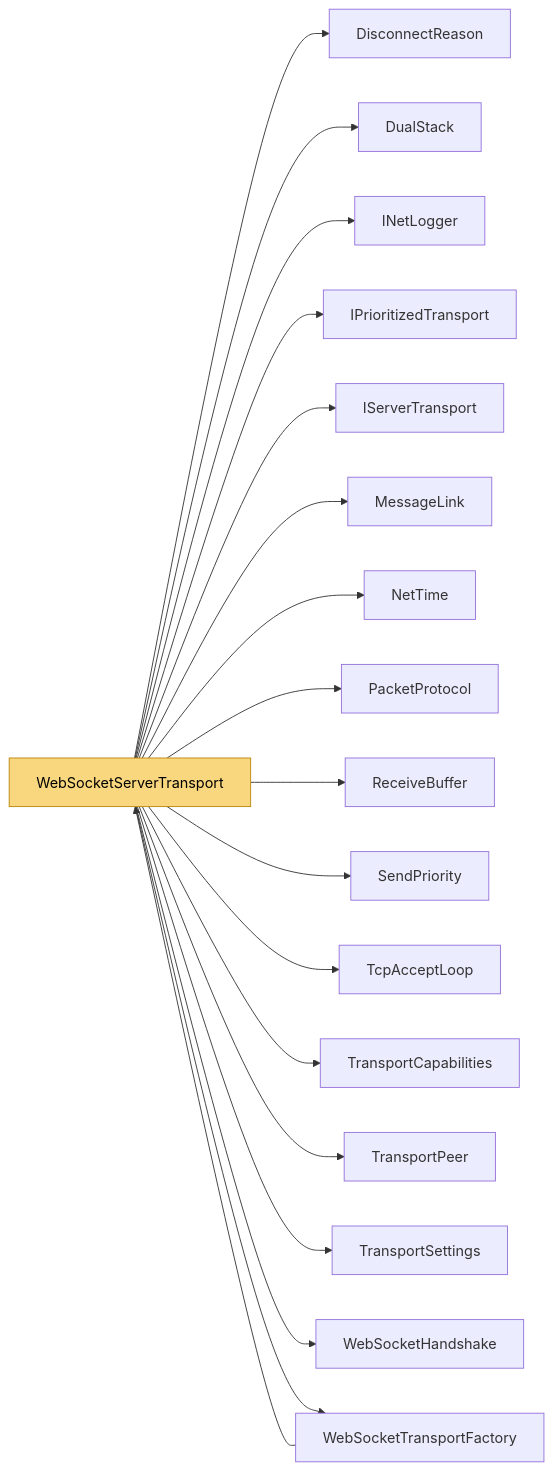
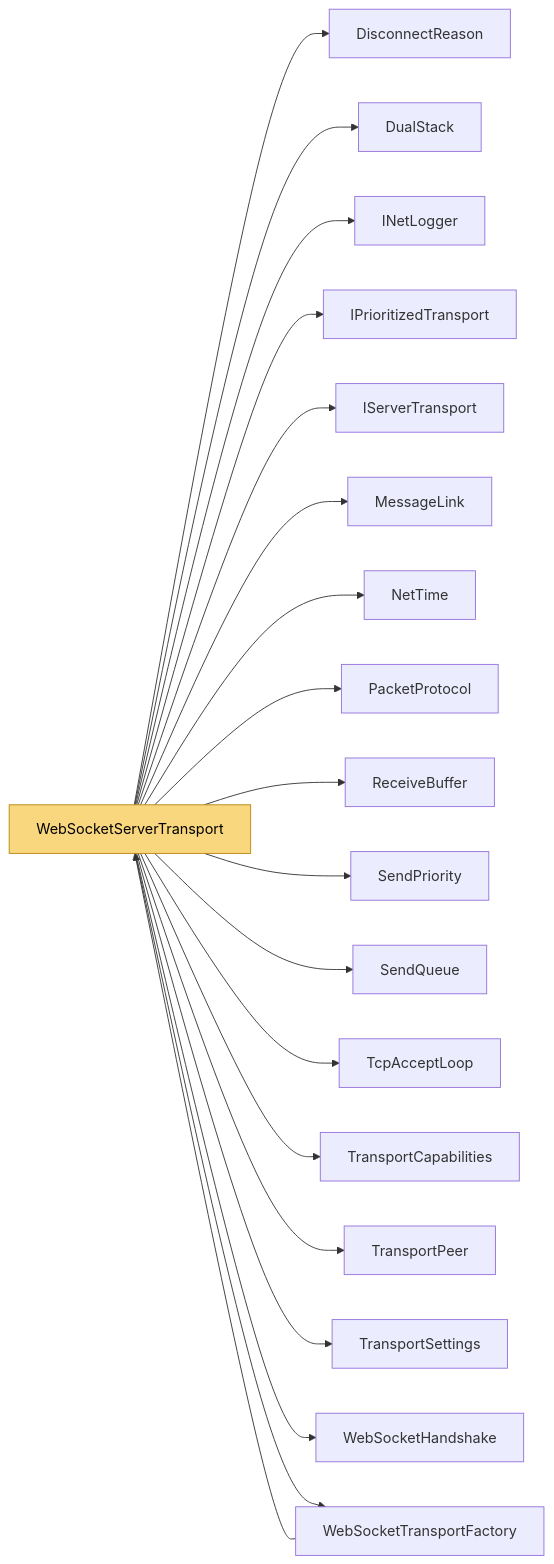
Before and after one commit to VladislavKresov/NetSync: the diagram in docs/Code/Transports/WebSockets/WebSocketServerTransport.md, drawn with Mermaid. The commit also changed other lines of this file and 56 other files, not shown here.

Commit message:
Docs: limitations and roadmap after rc.6 work; regenerated code reference

````diff
--- a/docs/Code/Transports/WebSockets/WebSocketServerTransport.md
+++ b/docs/Code/Transports/WebSockets/WebSocketServerTransport.md
@@ -68,22 +69,23 @@
 ```mermaid
 flowchart LR
   m_WebSocketServerTransport["WebSocketServerTransport"]:::self
   m_WebSocketServerTransport --> m_DisconnectReason["DisconnectReason"]
   m_WebSocketServerTransport --> m_DualStack["DualStack"]
   m_WebSocketServerTransport --> m_INetLogger["INetLogger"]
   m_WebSocketServerTransport --> m_IPrioritizedTransport["IPrioritizedTransport"]
   m_WebSocketServerTransport --> m_IServerTransport["IServerTransport"]
   m_WebSocketServerTransport --> m_MessageLink["MessageLink"]
   m_WebSocketServerTransport --> m_NetTime["NetTime"]
   m_WebSocketServerTransport --> m_PacketProtocol["PacketProtocol"]
   m_WebSocketServerTransport --> m_ReceiveBuffer["ReceiveBuffer"]
   m_WebSocketServerTransport --> m_SendPriority["SendPriority"]
+  m_WebSocketServerTransport --> m_SendQueue["SendQueue"]
   m_WebSocketServerTransport --> m_TcpAcceptLoop["TcpAcceptLoop"]
   m_WebSocketServerTransport --> m_TransportCapabilities["TransportCapabilities"]
   m_WebSocketServerTransport --> m_TransportPeer["TransportPeer"]
   m_WebSocketServerTransport --> m_TransportSettings["TransportSettings"]
   m_WebSocketServerTransport --> m_WebSocketHandshake["WebSocketHandshake"]
   m_WebSocketServerTransport --> m_WebSocketTransportFactory["WebSocketTransportFactory"]
   m_WebSocketTransportFactory --> m_WebSocketServerTransport
   classDef self fill:#f9d77e,stroke:#b8860b,color:#000
 ```
````
